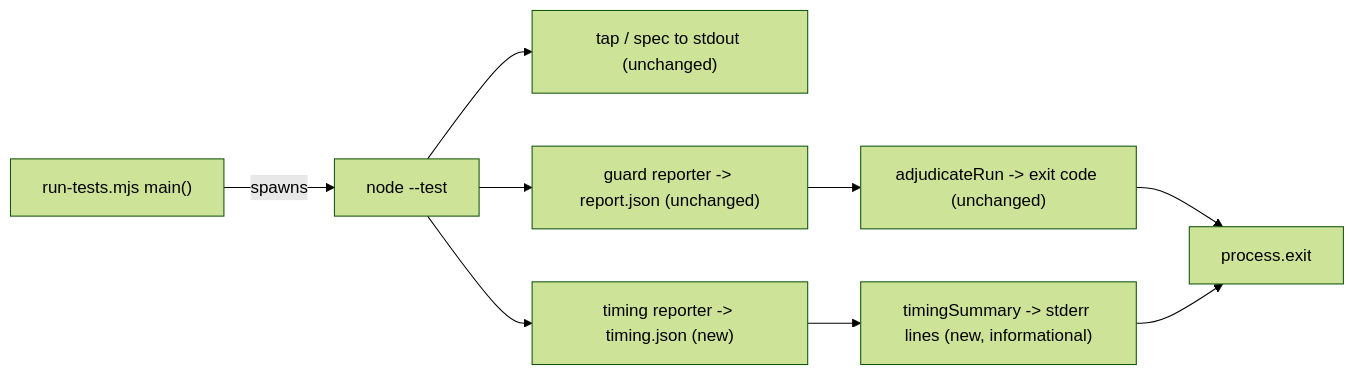
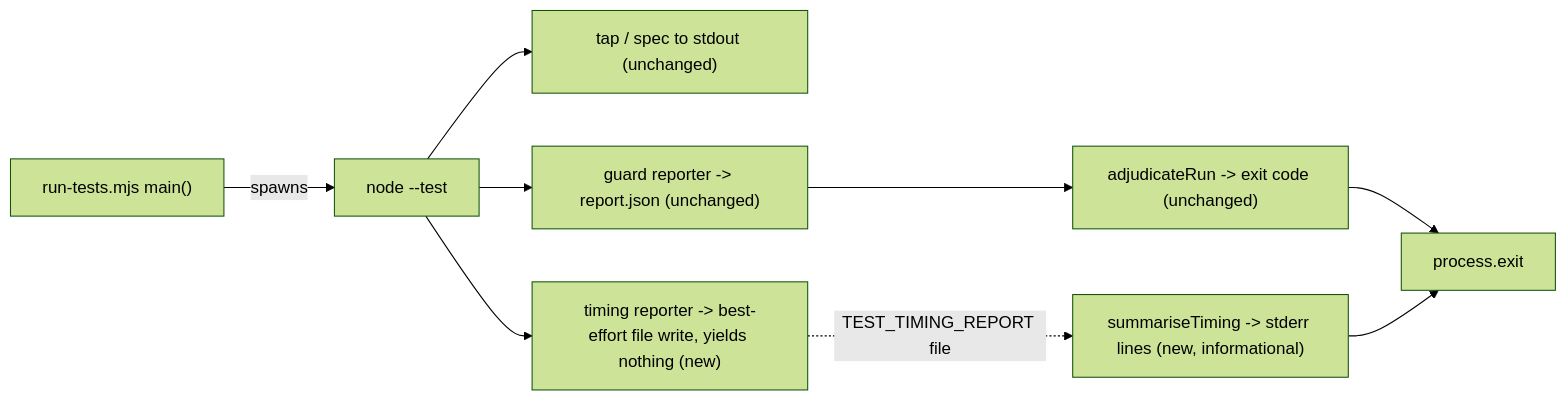
Before and after one commit to Lbstrydom/claude-engineering-skills: the diagram in docs/plans/gate-cost-slice-1.md, drawn with Mermaid (forest theme). The commit also changed other lines of this file, not shown here.

Commit message:
plan: gate-cost slice 1 — audit round 1 fixes (best-effort reporter, event contract, honest attribution)

````diff
--- a/docs/plans/gate-cost-slice-1.md
+++ b/docs/plans/gate-cost-slice-1.md
@@ -47,11 +47,11 @@
 ```mermaid
 flowchart LR
   M["run-tests.mjs main()"] -->|"spawns"| N["node --test"]
   N --> R1["tap / spec to stdout (unchanged)"]
   N --> G["guard reporter -> report.json (unchanged)"]
-  N --> T["timing reporter -> timing.json (new)"]
+  N --> T["timing reporter -> best-effort file write, yields nothing (new)"]
   G --> A["adjudicateRun -> exit code (unchanged)"]
-  T --> S["timingSummary -> stderr lines (new, informational)"]
+  T -.->|"TEST_TIMING_REPORT file"| S["summariseTiming -> stderr lines (new, informational)"]
   A --> X["process.exit"]
   S --> X
 ```
````
